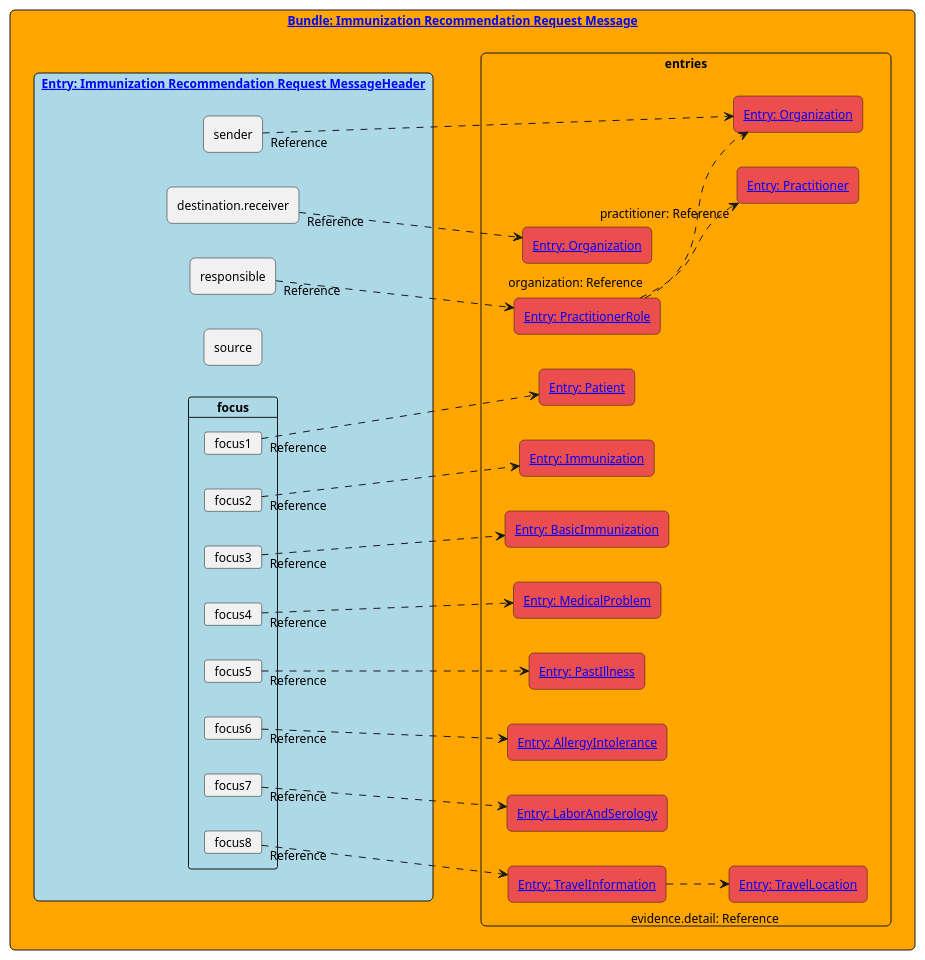
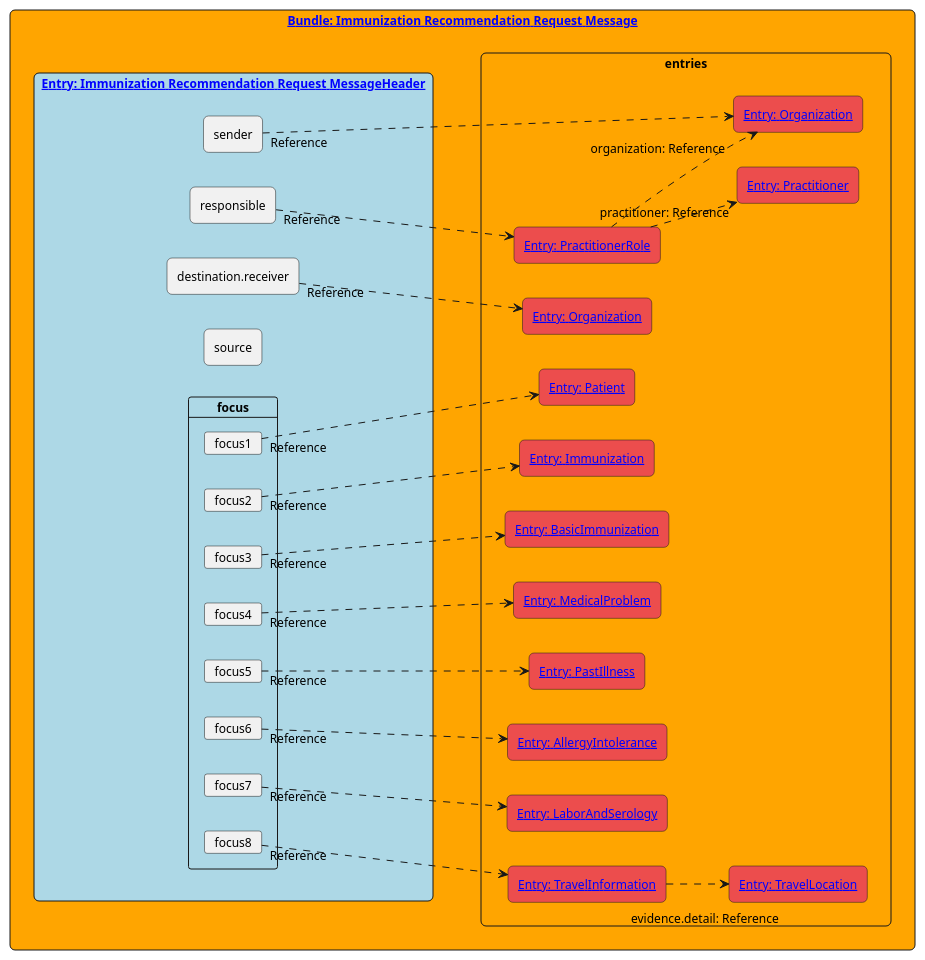
The diagram in input/images-source/immunization-recommendation-request-message-elements.plantuml (hl7ch/ch-vacd), drawn with PlantUML before and after one commit.

Commit message:
more improvements

```diff
--- a/input/images-source/immunization-recommendation-request-message-elements.plantuml
+++ b/input/images-source/immunization-recommendation-request-message-elements.plantuml
@@ -1,117 +1,117 @@
 @startuml
 skinparam shadowing false
 skinparam rectangle {
     roundCorner 10
 }
 
 skinparam linetype straight
 skinparam defaultFontSize 12
 
 left to right direction
 
 rectangle "[[StructureDefinition-ch-vacd-recommendation-request-message.html Bundle: Immunization Recommendation Request Message]]" as document #Orange {
 
     rectangle "[[StructureDefinition-ch-vacd-recommendation-request-messageheader.html Entry: Immunization Recommendation Request MessageHeader]]" as composition #Lightblue  {
         together {
+            rectangle destination.receiver
             rectangle responsible
-            rectangle destination.receiver
             rectangle sender
             rectangle source
         }
         together {
             card focus {
                 card focus1
                 card focus2
                 card focus3
                 card focus4
                 card focus5
                 card focus6
                 card focus7
                 card focus8
             }
         }
 
     }
 
     rectangle entries {
         together {
             rectangle "[[http://fhir.ch/ig/ch-core/StructureDefinition/ch-core-practitionerrole-epr Entry: PractitionerRole]]" as practitionerrole #ec4d4dff {
                 ''card practitioner as practitioner1
                 ''card organization as organization1
             }
 
             rectangle "[[http://fhir.ch/ig/ch-core/StructureDefinition/ch-core-organization-epr Entry: Organization]]" as labor1 #ec4d4dff {
                 ''card name3 [
                 ''----
                 ''labor
                 '' ]
             }
 
             rectangle "[[http://fhir.ch/ig/ch-core/StructureDefinition/ch-core-patient-epr Entry: Patient]]" as patient #ec4d4dff {
             }
 
            
             rectangle "[[StructureDefinition-ch-vacd-laboratory-serology.html Entry: LaborAndSerology]]" as laborandserology #ec4d4dff {
             }
 
 
             rectangle "[[StructureDefinition-ch-vacd-immunization.html Entry: Immunization]]" as immunization1 #ec4d4dff {
             }
             rectangle "[[StructureDefinition-ch-vacd-basic-immunization.html Entry: BasicImmunization]]" as basicimmunization #ec4d4dff {
             }
             rectangle "[[StructureDefinition-ch-vacd-medical-problems.html Entry: MedicalProblem]]" as medicalproblem #ec4d4dff {
             }
             rectangle "[[StructureDefinition-ch-vacd-pastillnesses.html Entry: PastIllness]]" as pastillness #ec4d4dff {
             }
             rectangle "[[StructureDefinition-ch-vacd-allergyintolerances.html Entry: AllergyIntolerance]]" as allergyintolerance #ec4d4dff {
             }
 
             rectangle "[[StructureDefinition-ch-vacd-travel-information.html Entry: TravelInformation]]" as travelinfo #ec4d4dff {
             }
             rectangle "[[StructureDefinition-ch-vacd-travel-location.html Entry: TravelLocation]]" as travelloc #ec4d4dff {
             }
 
             
         }
 
         together {
             rectangle "[[http://fhir.ch/ig/ch-core/StructureDefinition/ch-core-practitioner-epr Entry: Practitioner]]" as practitioner #ec4d4dff {
                 ''card name1 [
                 ''----
                 ''dr. med. hausarzt
                 '']
             }
             rectangle "[[http://fhir.ch/ig/ch-core/StructureDefinition/ch-core-organization-epr Entry: Organization]]" as organization #ec4d4dff {
                 ''card name2 [
                 ''----
                 ''praxis
                 '']
             }
            
         }
 
     }
 
 }
 sender "Reference"..> organization
 responsible "Reference"..> practitionerrole
 practitionerrole ..>"practitioner: Reference" practitioner
-practitionerrole "organization: Reference"..> organization
+practitionerrole ..>"organization: Reference" organization
 
 
 focus1 "Reference"..> patient
 focus2 "Reference"..> immunization1
 focus3 "Reference"..> basicimmunization
 focus4 "Reference"..> medicalproblem
 focus5 "Reference"..> pastillness
 focus6 "Reference"..> allergyintolerance
 focus7 "Reference"..> laborandserology
 focus8 "Reference"..> travelinfo
 
 
 travelinfo ..>"evidence.detail: Reference" travelloc
 
 destination.receiver "Reference"..> labor1
 
 
 @enduml
```
